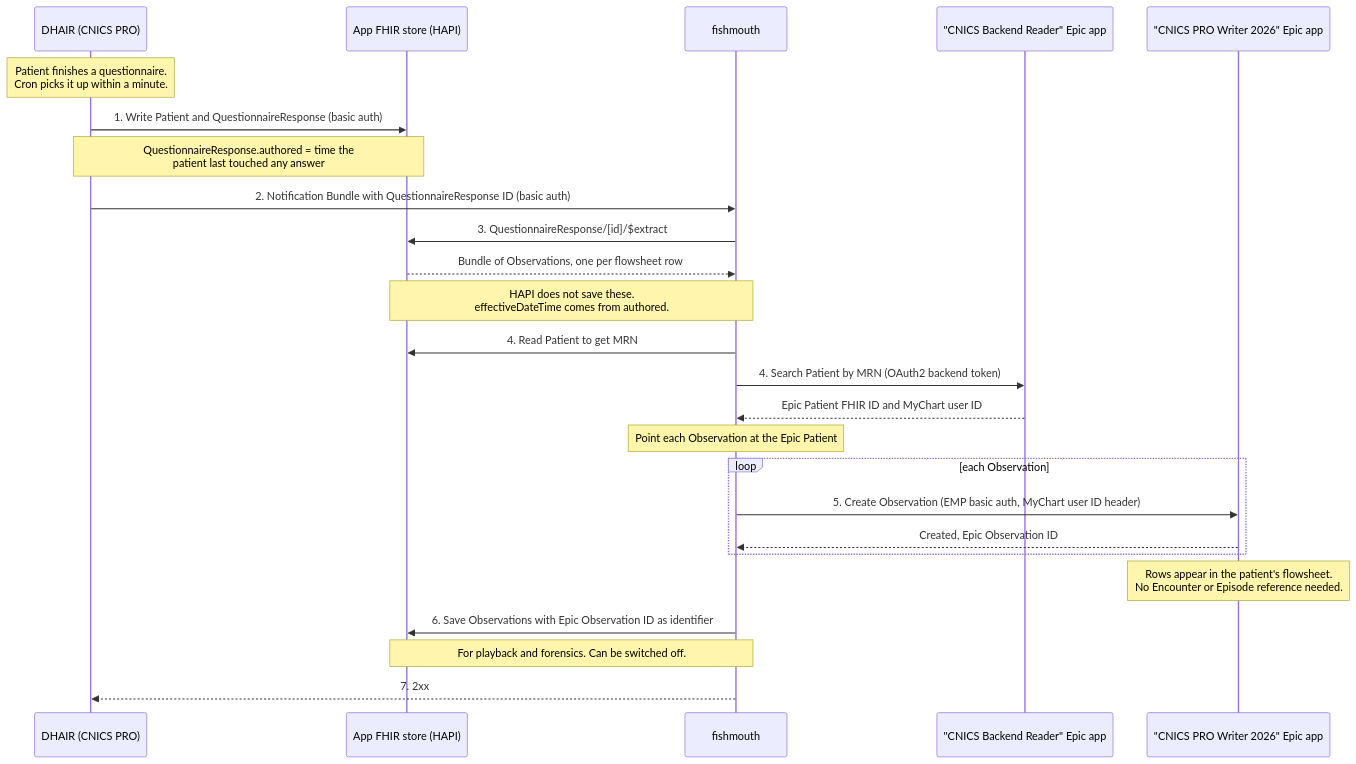
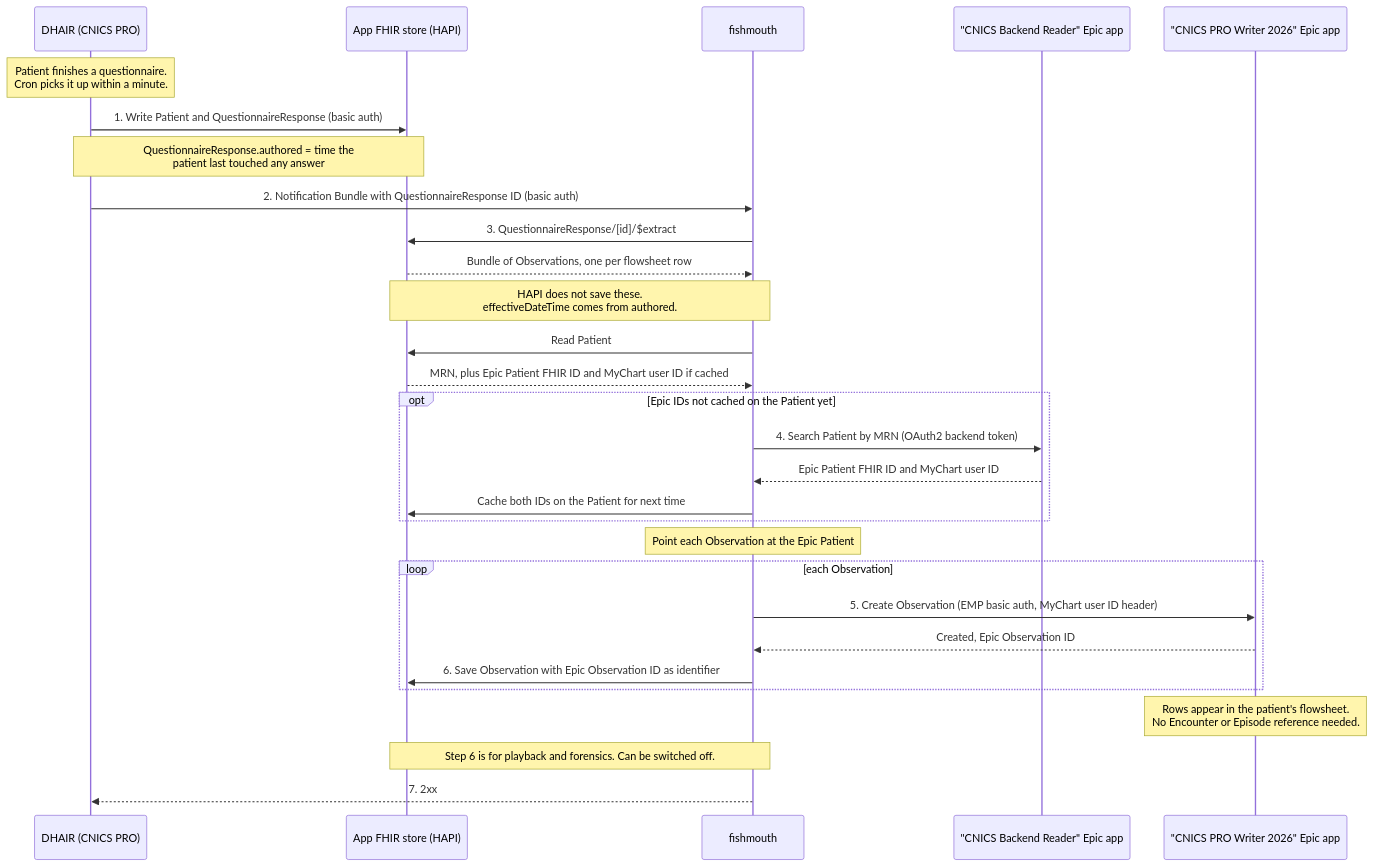
The second of 3 diagrams in docs/epic-write-flow.md (uwcirg/embedhw-environments), drawn with Mermaid before and after one commit. The commit also changed other lines of this file, not shown here.

Commit message:
Edits per reviewer's suggestions.

````diff
--- a/docs/epic-write-flow.md
+++ b/docs/epic-write-flow.md
@@ -61,36 +62,40 @@
 ```mermaid
 sequenceDiagram
     participant D as DHAIR (CNICS PRO)
     participant H as App FHIR store (HAPI)
     participant F as fishmouth
     participant B as "CNICS Backend Reader" Epic app
     participant W as "CNICS PRO Writer 2026" Epic app
 
     Note over D: Patient finishes a questionnaire.<br/>Cron picks it up within a minute.
 
     D->>H: 1. Write Patient and QuestionnaireResponse (basic auth)
     Note over D,H: QuestionnaireResponse.authored = time the<br/>patient last touched any answer
 
     D->>F: 2. Notification Bundle with QuestionnaireResponse ID (basic auth)
 
     F->>H: 3. QuestionnaireResponse/[id]/$extract
     H-->>F: Bundle of Observations, one per flowsheet row
     Note over F,H: HAPI does not save these.<br/>effectiveDateTime comes from authored.
 
-    F->>H: 4. Read Patient to get MRN
-    F->>B: 4. Search Patient by MRN (OAuth2 backend token)
-    B-->>F: Epic Patient FHIR ID and MyChart user ID
+    F->>H: Read Patient
+    H-->>F: MRN, plus Epic Patient FHIR ID and MyChart user ID if cached
+
+    opt Epic IDs not cached on the Patient yet
+        F->>B: 4. Search Patient by MRN (OAuth2 backend token)
+        B-->>F: Epic Patient FHIR ID and MyChart user ID
+        F->>H: Cache both IDs on the Patient for next time
+    end
 
     Note over F: Point each Observation at the Epic Patient
 
     loop each Observation
         F->>W: 5. Create Observation (EMP basic auth, MyChart user ID header)
         W-->>F: Created, Epic Observation ID
+        F->>H: 6. Save Observation with Epic Observation ID as identifier
     end
     Note over W: Rows appear in the patient's flowsheet.<br/>No Encounter or Episode reference needed.
-
-    F->>H: 6. Save Observations with Epic Observation ID as identifier
-    Note over F,H: For playback and forensics. Can be switched off.
+    Note over F,H: Step 6 is for playback and forensics. Can be switched off.
 
     F-->>D: 7. 2xx
 ```
````
